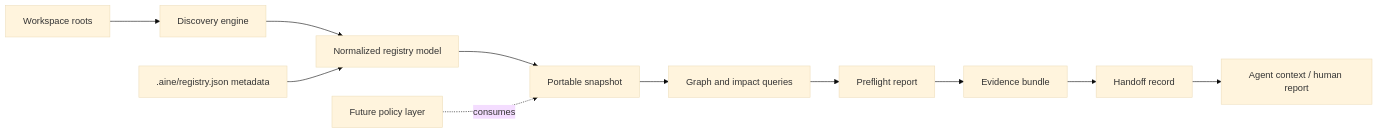
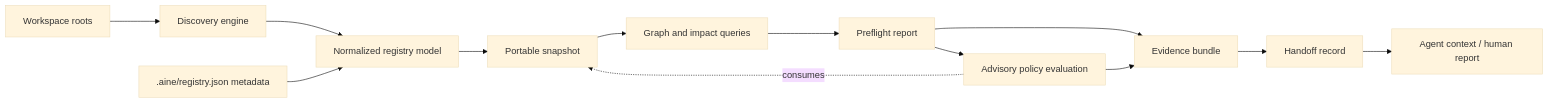
Before and after one commit to williamlabdev/aine-registry: the first of 2 diagrams in docs/BLUEPRINT.md, drawn with Mermaid (base theme). The commit also changed other lines of this file and 6 other files, not shown here.

Commit message:
feat: add advisory policy evaluation

````diff
--- a/docs/BLUEPRINT.md
+++ b/docs/BLUEPRINT.md
@@ -13,13 +13,15 @@
 ```mermaid
 flowchart LR
     W[Workspace roots] --> D[Discovery engine]
     D --> N[Normalized registry model]
     N --> S[Portable snapshot]
     S --> Q[Graph and impact queries]
     Q --> F[Preflight report]
     F --> E[Evidence bundle]
     E --> H[Handoff record]
     H --> C[Agent context / human report]
     M[.aine/registry.json metadata] --> N
-    P[Future policy layer] -. consumes .-> S
+    P[Advisory policy evaluation] -. consumes .-> S
+    F --> P
+    P --> E
 ```
````
